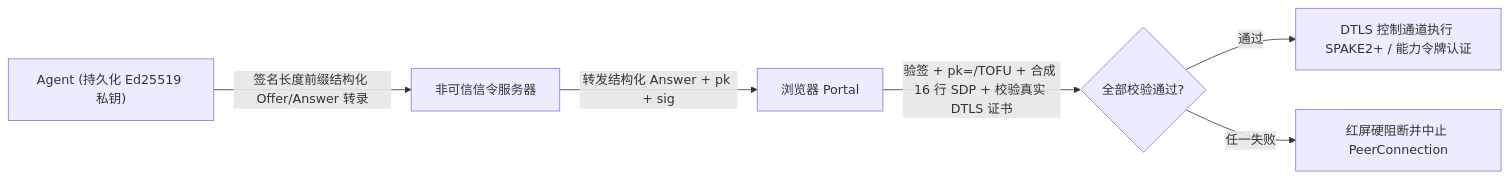
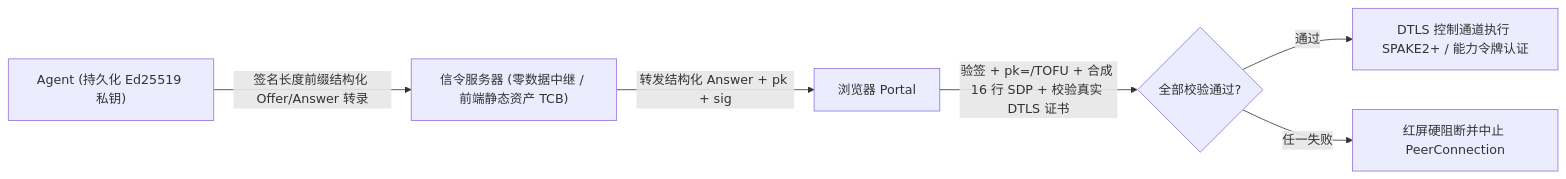
One commit to BeingNoAbility/WebRTC-Gateway changed the diagram in docs/guide/security.md. Above: the diagram before and after it, drawn with Mermaid. The commit also changed other lines of this file and 118 other files, not shown here.

````diff
--- a/docs/guide/security.md
+++ b/docs/guide/security.md
@@ -11,8 +11,8 @@
 ```mermaid
 flowchart LR
-    Agent["Agent (持久化 Ed25519 私钥)"] -->|"签名长度前缀结构化 Offer/Answer 转录"| Signal["非可信信令服务器"]
+    Agent["Agent (持久化 Ed25519 私钥)"] -->|"签名长度前缀结构化 Offer/Answer 转录"| Signal["信令服务器 (零数据中继 / 前端静态资产 TCB)"]
     Signal -->|"转发结构化 Answer + pk + sig"| Portal["浏览器 Portal"]
     Portal -->|"验签 + pk=/TOFU + 合成 16 行 SDP + 校验真实 DTLS 证书"| Decision{"全部校验通过?"}
     Decision -->|"通过"| DTLS["DTLS 控制通道执行 SPAKE2+ / 能力令牌认证"]
     Decision -->|"任一失败"| Block["红屏硬阻断并中止 PeerConnection"]
 ```
````
